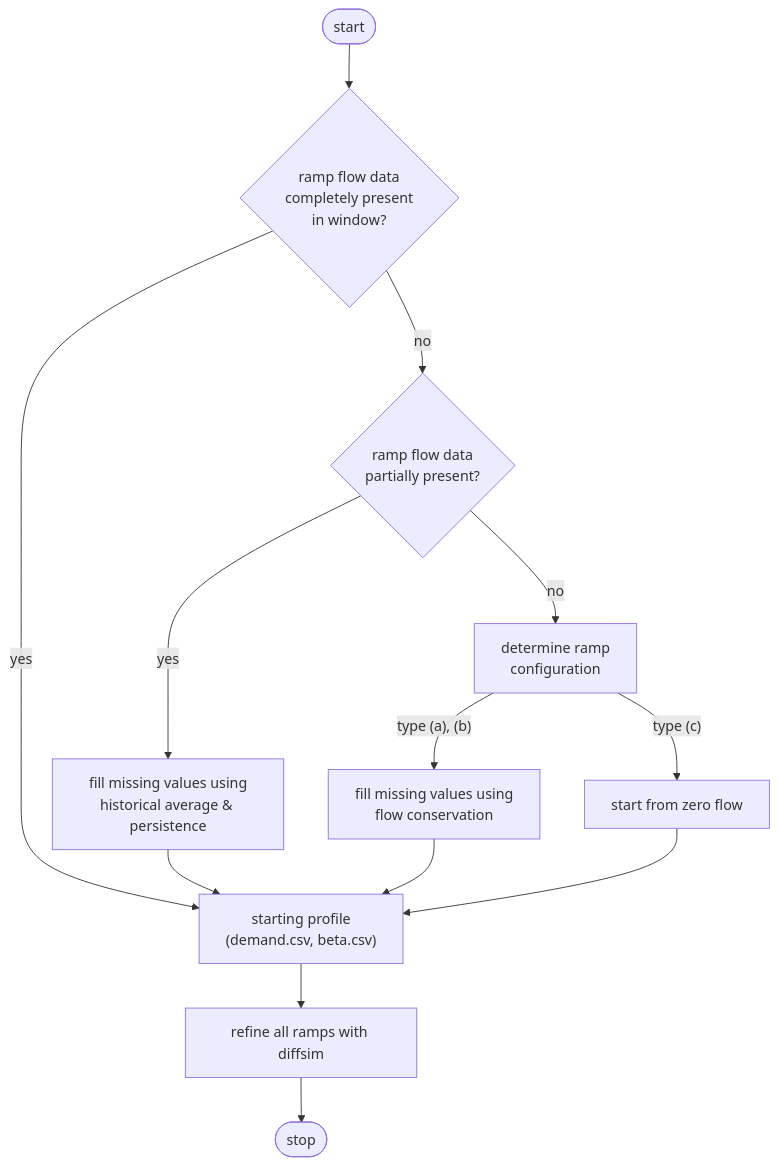
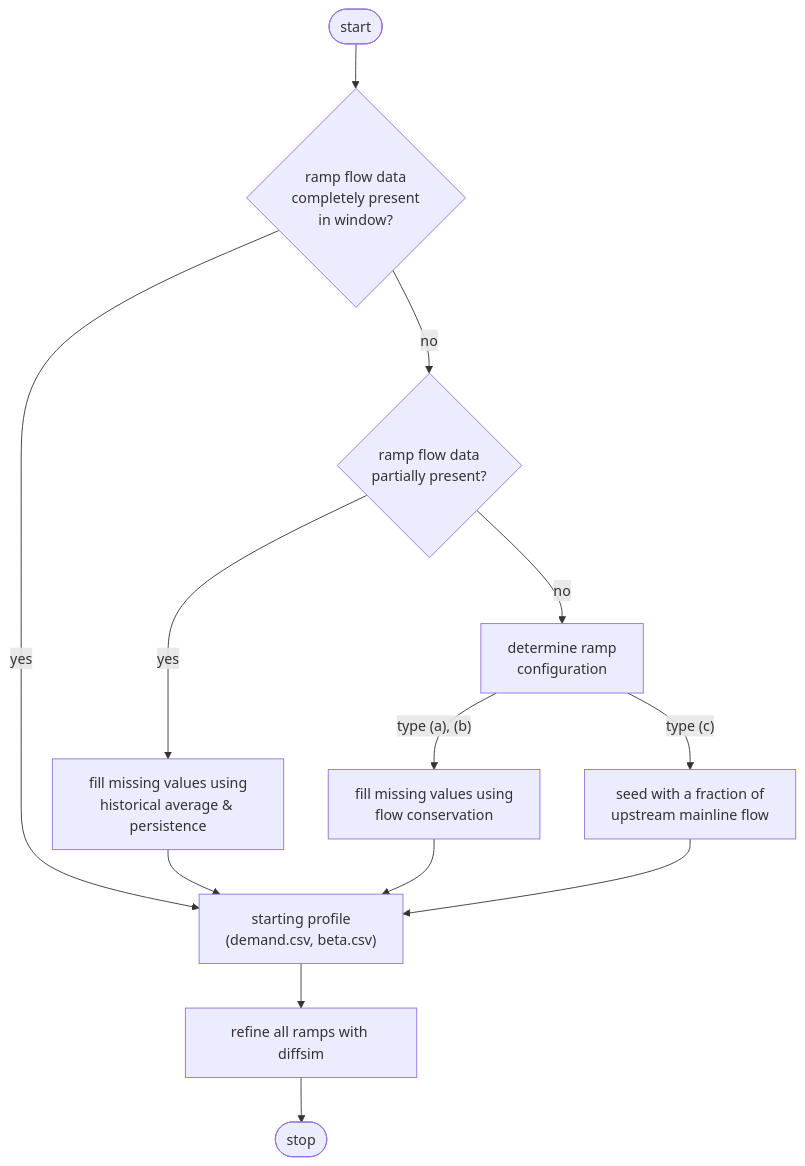
The diagram in docs/ctm_module.md (HodgeLab/ctm-for-dwc), drawn with Mermaid before and after one commit. The commit also changed other lines of this file and 5 other files, not shown here.

````diff
--- a/docs/ctm_module.md
+++ b/docs/ctm_module.md
@@ -737,15 +737,15 @@
 ```mermaid
 flowchart TD
     start([start]) --> full{"ramp flow data<br/>completely present<br/>in window?"}
     full -- yes --> seed
     full -- no --> partial{"ramp flow data<br/>partially present?"}
     partial -- yes --> hist["fill missing values using<br/>historical average & persistence"]
     partial -- no --> config["determine ramp<br/>configuration"]
     config -- "type (a), (b)" --> cons["fill missing values using<br/>flow conservation"]
-    config -- "type (c)" --> zero["start from zero flow"]
+    config -- "type (c)" --> frac["seed with a fraction of<br/>upstream mainline flow"]
     hist --> seed
     cons --> seed
-    zero --> seed
+    frac --> seed
     seed["starting profile<br/>(demand.csv, beta.csv)"] --> refine["refine all ramps with diffsim"]
     refine --> stop([stop])
 ```
````
